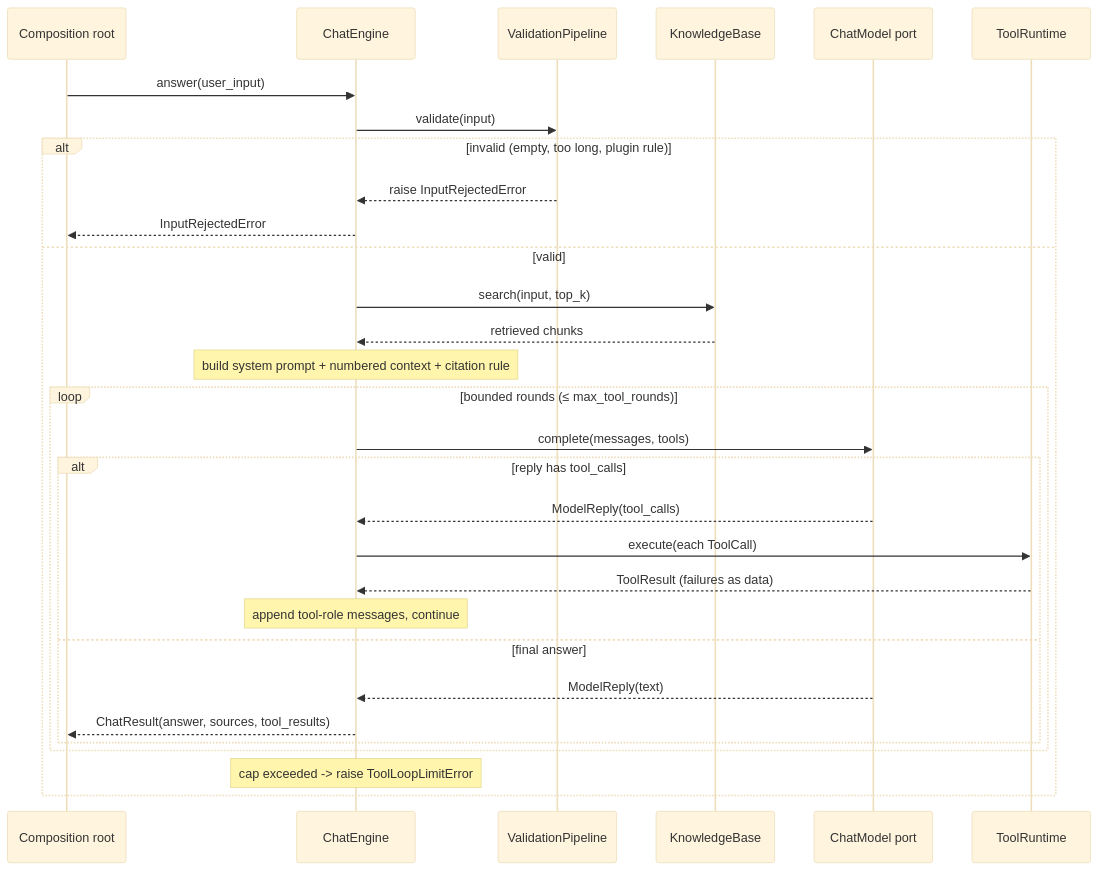
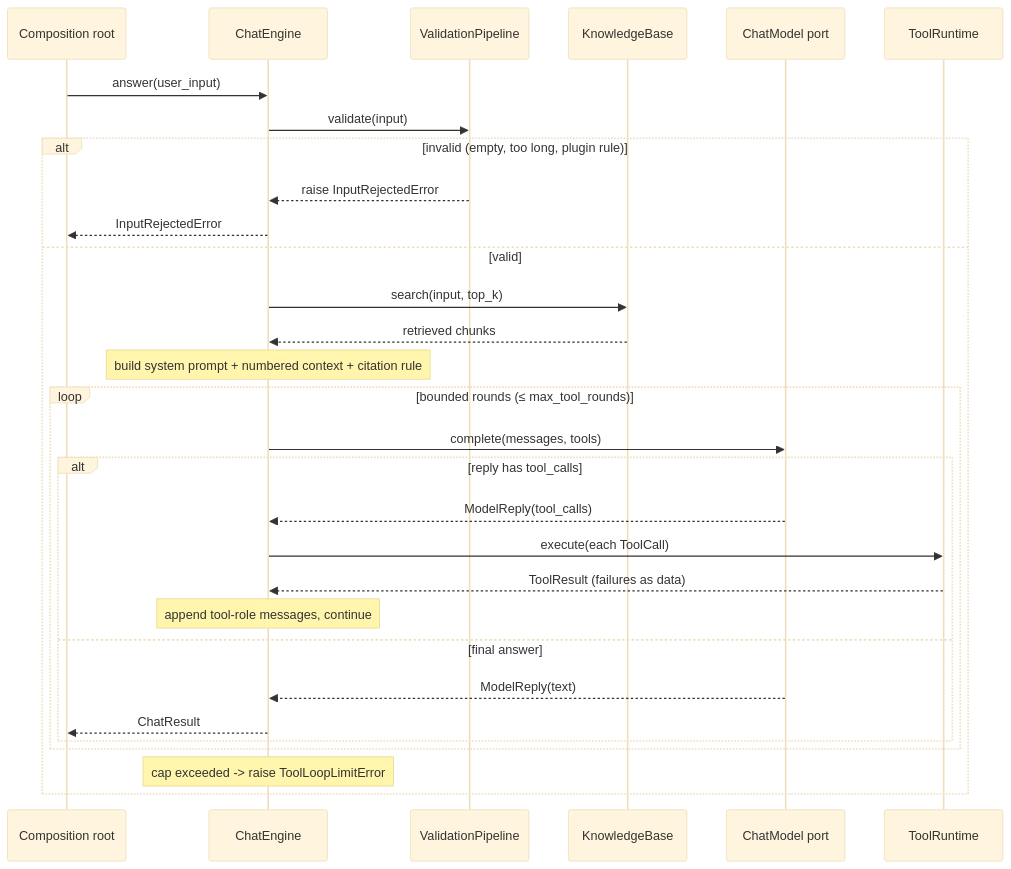
The second of 2 diagrams in docs/plans/chat-engine.md (aschog/cora), drawn with Mermaid (base theme) before and after one commit. The commit also changed other lines of this file, not shown here.

Commit message:
docs: dedup chat engine plan (diagrams own structure/flow)

````diff
--- a/docs/plans/chat-engine.md
+++ b/docs/plans/chat-engine.md
@@ -153,33 +147,33 @@
 ```mermaid
 sequenceDiagram
   participant Caller as Composition root
   participant ORCH as ChatEngine
   participant VAL as ValidationPipeline
   participant KB as KnowledgeBase
   participant LLM as ChatModel port
   participant TOOL as ToolRuntime
 
   Caller->>ORCH: answer(user_input)
   ORCH->>VAL: validate(input)
   alt invalid (empty, too long, plugin rule)
     VAL-->>ORCH: raise InputRejectedError
     ORCH-->>Caller: InputRejectedError
   else valid
     ORCH->>KB: search(input, top_k)
     KB-->>ORCH: retrieved chunks
     Note over ORCH: build system prompt + numbered context + citation rule
     loop bounded rounds (≤ max_tool_rounds)
       ORCH->>LLM: complete(messages, tools)
       alt reply has tool_calls
         LLM-->>ORCH: ModelReply(tool_calls)
         ORCH->>TOOL: execute(each ToolCall)
         TOOL-->>ORCH: ToolResult (failures as data)
         Note over ORCH: append tool-role messages, continue
       else final answer
         LLM-->>ORCH: ModelReply(text)
-        ORCH-->>Caller: ChatResult(answer, sources, tool_results)
+        ORCH-->>Caller: ChatResult
       end
     end
     Note over ORCH: cap exceeded -> raise ToolLoopLimitError
   end
 ```
````
